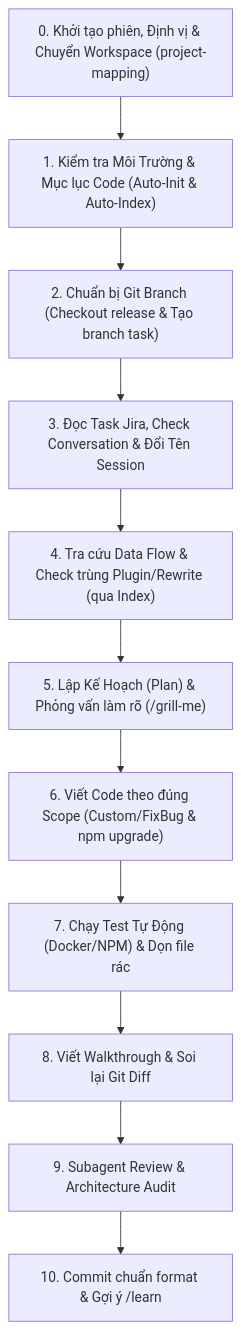
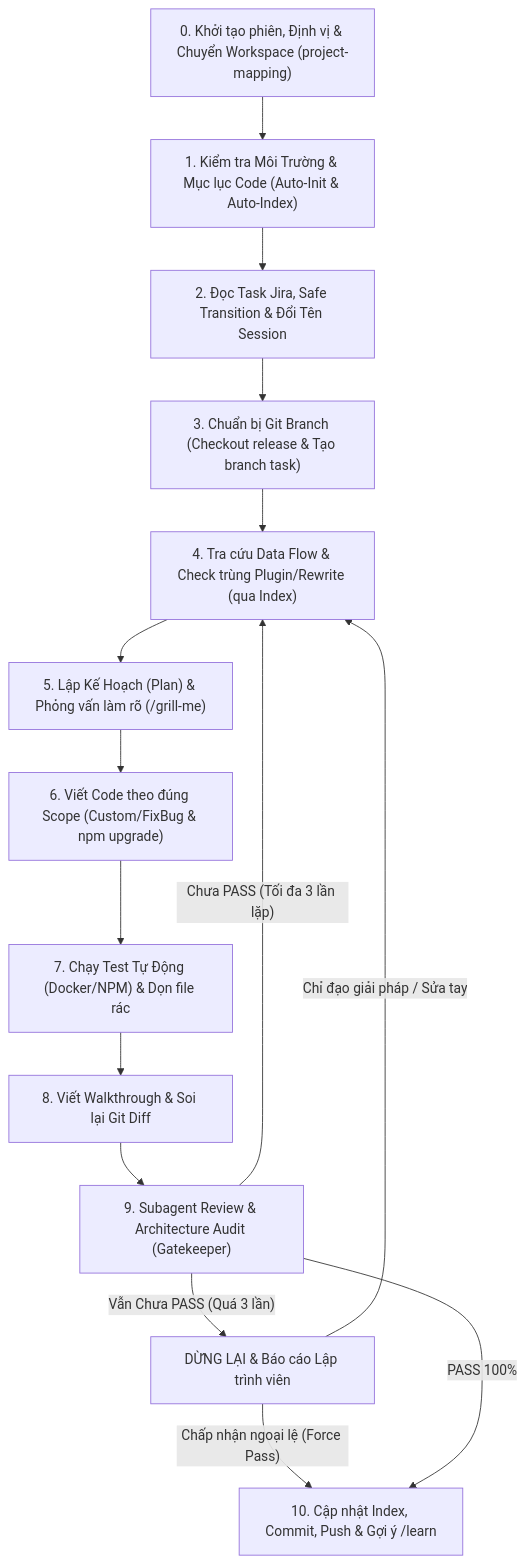
The diagram in rules/user-workflow-and-goals.md (adamphh/study-ai-antigravity-skills), drawn with Mermaid before and after one commit. The commit also changed other lines of this file, not shown here.

Commit message:
Update workflow: Optimize step sequence, add Gatekeeper loop with Circuit Breaker and automated index refresh

````diff
--- a/rules/user-workflow-and-goals.md
+++ b/rules/user-workflow-and-goals.md
@@ -19,13 +19,17 @@
 ```mermaid
 flowchart TD
     A["0. Khởi tạo phiên, Định vị & Chuyển Workspace (project-mapping)"] --> B["1. Kiểm tra Môi Trường & Mục lục Code (Auto-Init & Auto-Index)"]
-    B --> C["2. Chuẩn bị Git Branch (Checkout release & Tạo branch task)"]
-    C --> D["3. Đọc Task Jira, Check Conversation & Đổi Tên Session"]
+    B --> C["2. Đọc Task Jira, Safe Transition & Đổi Tên Session"]
+    C --> D["3. Chuẩn bị Git Branch (Checkout release & Tạo branch task)"]
     D --> E["4. Tra cứu Data Flow & Check trùng Plugin/Rewrite (qua Index)"]
     E --> F["5. Lập Kế Hoạch (Plan) & Phỏng vấn làm rõ (/grill-me)"]
     F --> G["6. Viết Code theo đúng Scope (Custom/FixBug & npm upgrade)"]
     G --> H["7. Chạy Test Tự Động (Docker/NPM) & Dọn file rác"]
     H --> I["8. Viết Walkthrough & Soi lại Git Diff"]
-    I --> J["9. Subagent Review & Architecture Audit"]
-    J --> K["10. Commit chuẩn format & Gợi ý /learn"]
+    I --> J["9. Subagent Review & Architecture Audit (Gatekeeper)"]
+    J -- "Chưa PASS (Tối đa 3 lần lặp)" --> E
+    J -- "Vẫn Chưa PASS (Quá 3 lần)" --> ESC["DỪNG LẠI & Báo cáo Lập trình viên"]
+    ESC -- "Chỉ đạo giải pháp / Sửa tay" --> E
+    ESC -- "Chấp nhận ngoại lệ (Force Pass)" --> K["10. Cập nhật Index, Commit, Push & Gợi ý /learn"]
+    J -- "PASS 100%" --> K
 ```
````
